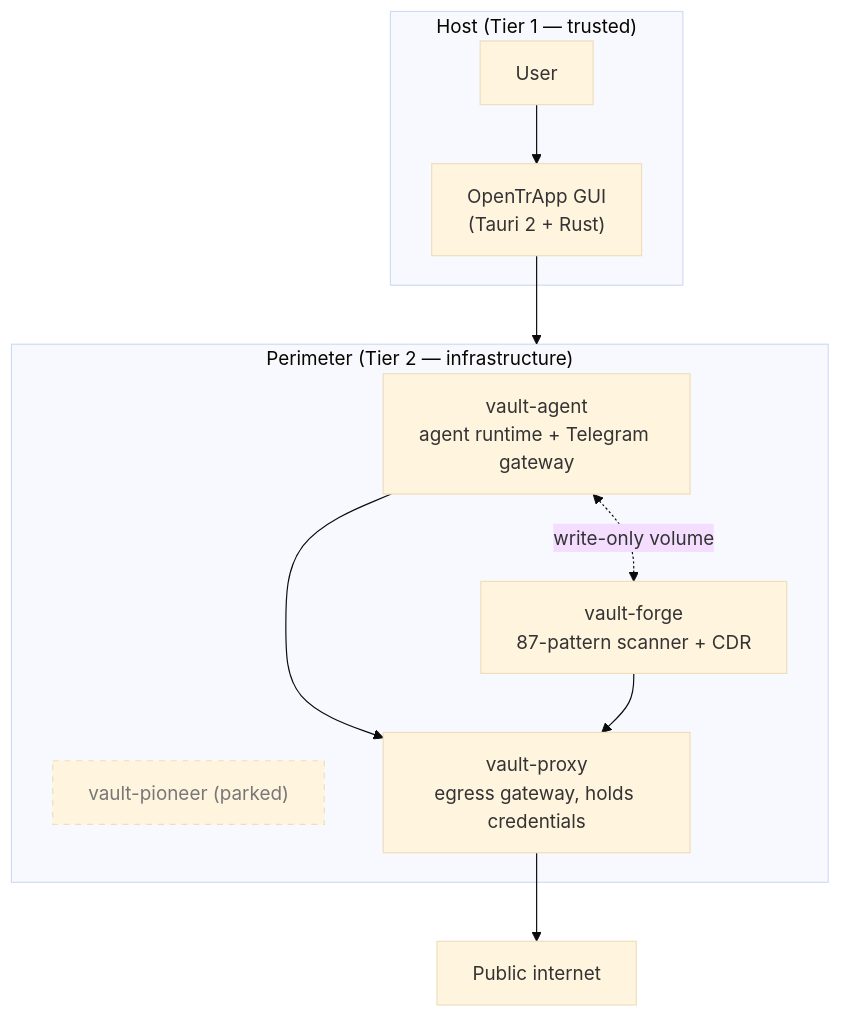
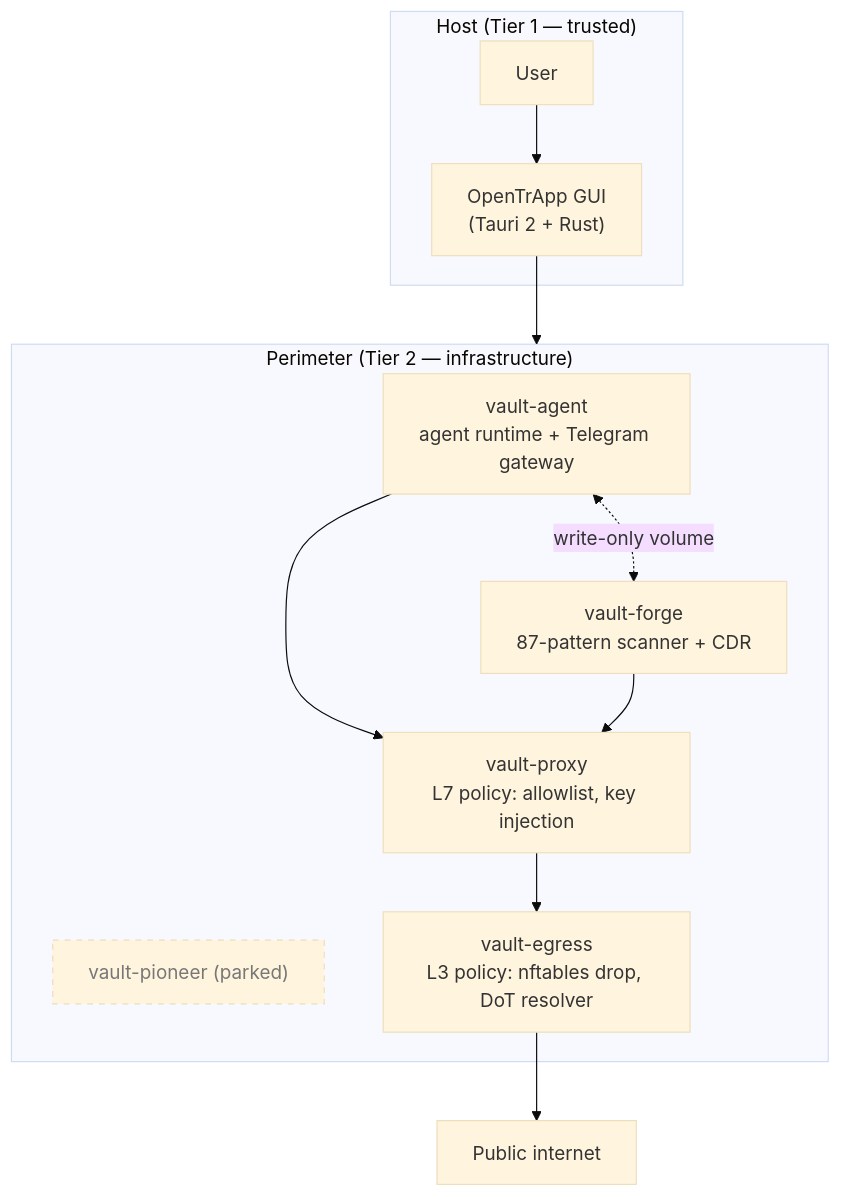
One commit to albertdobmeyer/opentrapp changed the diagram in docs/trifecta.md. Above: the diagram before and after it, drawn with Mermaid (base theme). The commit also changed other lines of this file and 23 other files, not shown here.

````diff
--- a/docs/trifecta.md
+++ b/docs/trifecta.md
@@ -54,24 +57,26 @@
 ```mermaid
 flowchart TB
     subgraph HOST["Host (Tier 1 — trusted)"]
         USER[User]
         GUI["OpenTrApp GUI<br/>(Tauri 2 + Rust)"]
     end
 
     subgraph PERIMETER["Perimeter (Tier 2 — infrastructure)"]
         AGENT["vault-agent<br/>agent runtime + Telegram gateway"]
         FORGE["vault-forge<br/>87-pattern scanner + CDR"]
         PIONEER["vault-pioneer (parked)"]
-        PROXY["vault-proxy<br/>egress gateway, holds credentials"]
+        PROXY["vault-proxy<br/>L7 policy: allowlist, key injection"]
+        EGRESS["vault-egress<br/>L3 policy: nftables drop, DoT resolver"]
     end
 
     USER --> GUI
     GUI --> PERIMETER
     AGENT --> PROXY
     FORGE --> PROXY
     AGENT <-.->|"write-only volume"| FORGE
-    PROXY --> EXT[Public internet]
+    PROXY --> EGRESS
+    EGRESS --> EXT[Public internet]
 
     classDef parked stroke-dasharray: 5 5,color:#777
     class PIONEER parked
 ```
````
